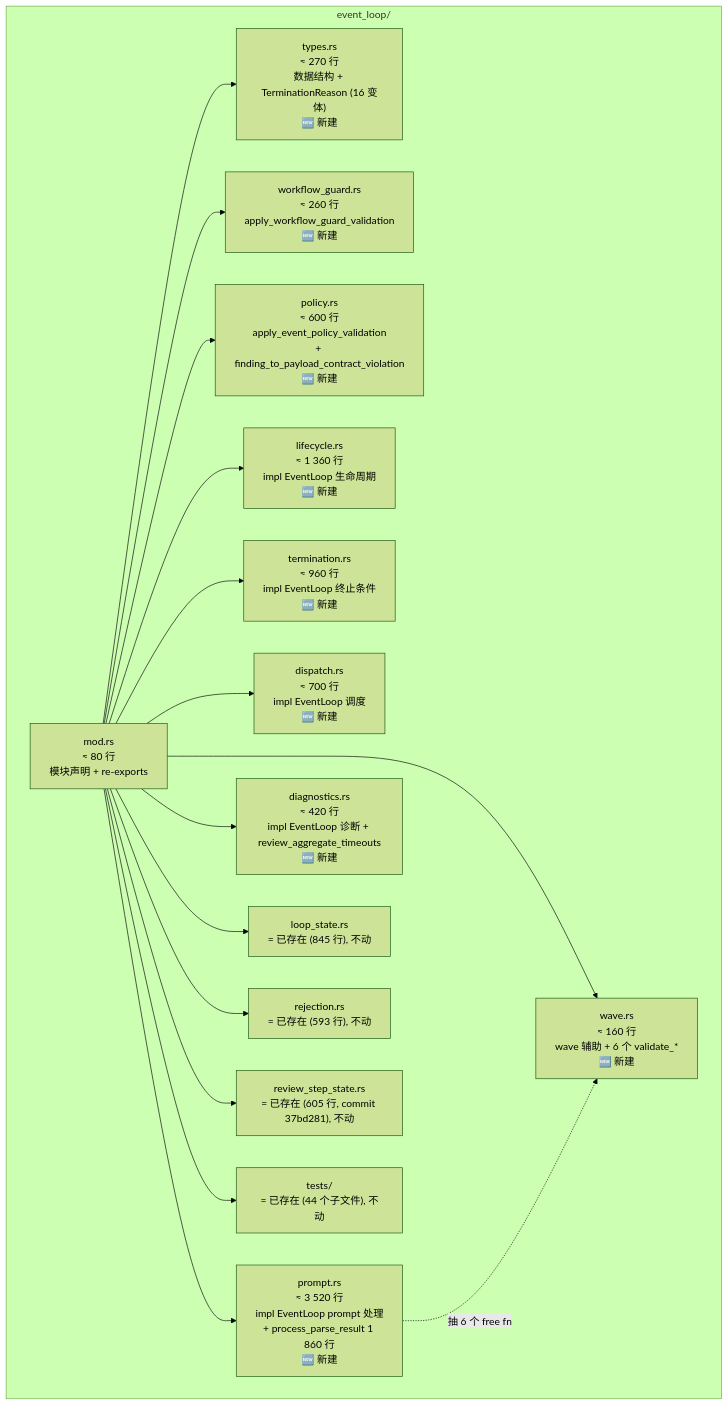
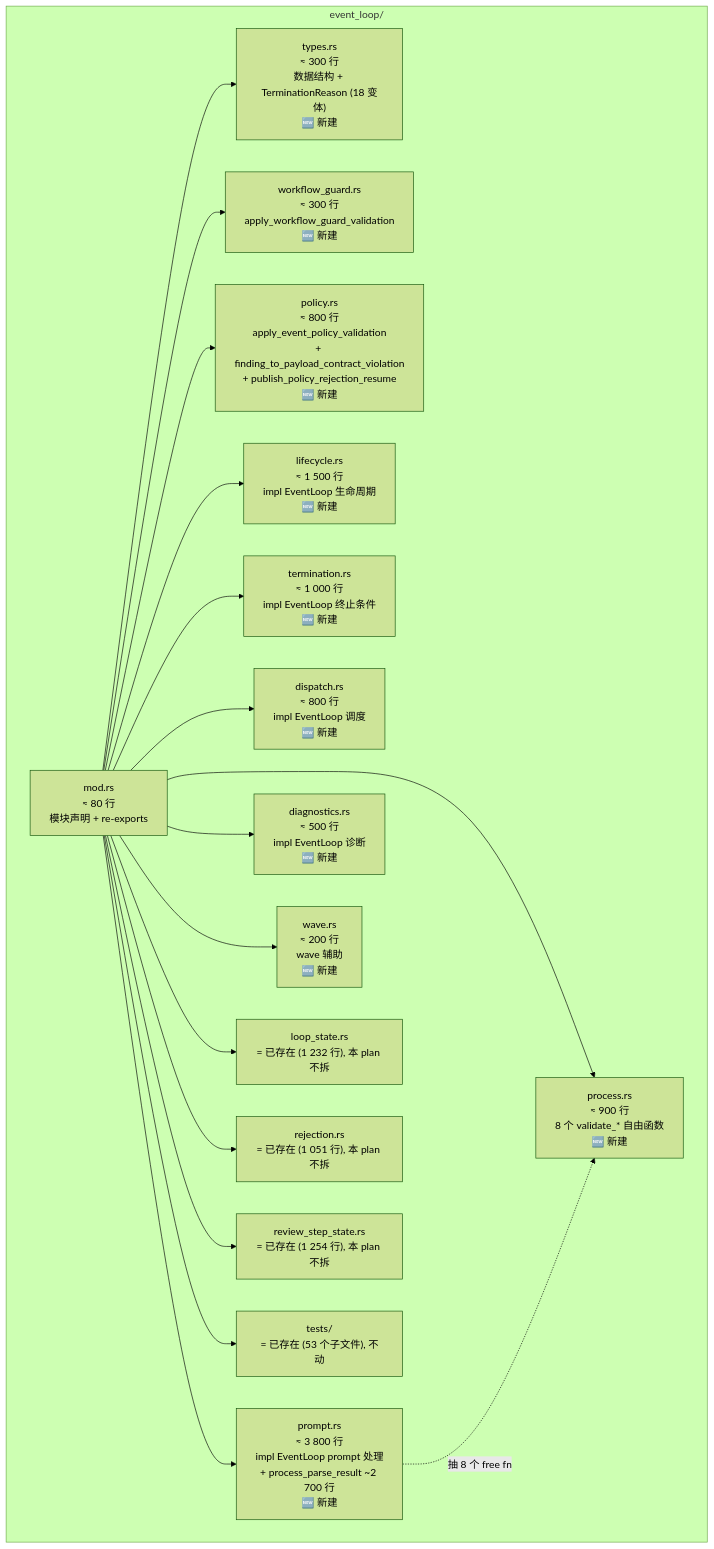
Before and after one commit to pittcat/ralph-orchestrator: the first of 3 diagrams in docs/plans/2026-06-10-003-refactor-event-loop-and-loop-runner-tests-split-plan.md, drawn with Mermaid (forest theme). The commit also changed other lines of this file and 2 other files, not shown here.

First line of the commit message:
docs(plan): 刷新 event_loop/loop_runner 拆分计划到 v11 baseline 并细化单元

````diff
--- a/docs/plans/2026-06-10-003-refactor-event-loop-and-loop-runner-tests-split-plan.md
+++ b/docs/plans/2026-06-10-003-refactor-event-loop-and-loop-runner-tests-split-plan.md
@@ -161,33 +173,35 @@
 ```mermaid
 flowchart TB
   subgraph event_loop["event_loop/"]
     mod_rs["mod.rs<br/>≈ 80 行<br/>模块声明 + re-exports"]
-    types["types.rs<br/>≈ 270 行<br/>数据结构 + TerminationReason (16 变体)<br/>🆕 新建"]
-    workflow["workflow_guard.rs<br/>≈ 260 行<br/>apply_workflow_guard_validation<br/>🆕 新建"]
-    policy["policy.rs<br/>≈ 600 行<br/>apply_event_policy_validation<br/>+ finding_to_payload_contract_violation<br/>🆕 新建"]
-    lifecycle["lifecycle.rs<br/>≈ 1 360 行<br/>impl EventLoop 生命周期<br/>🆕 新建"]
-    termination["termination.rs<br/>≈ 960 行<br/>impl EventLoop 终止条件<br/>🆕 新建"]
-    dispatch["dispatch.rs<br/>≈ 700 行<br/>impl EventLoop 调度<br/>🆕 新建"]
-    prompt["prompt.rs<br/>≈ 3 520 行<br/>impl EventLoop prompt 处理<br/>+ process_parse_result 1 860 行<br/>🆕 新建"]
-    diagnostics["diagnostics.rs<br/>≈ 420 行<br/>impl EventLoop 诊断 + review_aggregate_timeouts<br/>🆕 新建"]
-    wave["wave.rs<br/>≈ 160 行<br/>wave 辅助 + 6 个 validate_*<br/>🆕 新建"]
-    loop_state["loop_state.rs<br/>= 已存在 (845 行), 不动"]
-    rejection["rejection.rs<br/>= 已存在 (593 行), 不动"]
-    review_step["review_step_state.rs<br/>= 已存在 (605 行, commit 37bd281), 不动"]
-    tests["tests/<br/>= 已存在 (44 个子文件), 不动"]
+    types["types.rs<br/>≈ 300 行<br/>数据结构 + TerminationReason (18 变体)<br/>🆕 新建"]
+    workflow["workflow_guard.rs<br/>≈ 300 行<br/>apply_workflow_guard_validation<br/>🆕 新建"]
+    policy["policy.rs<br/>≈ 800 行<br/>apply_event_policy_validation<br/>+ finding_to_payload_contract_violation<br/>+ publish_policy_rejection_resume<br/>🆕 新建"]
+    lifecycle["lifecycle.rs<br/>≈ 1 500 行<br/>impl EventLoop 生命周期<br/>🆕 新建"]
+    termination["termination.rs<br/>≈ 1 000 行<br/>impl EventLoop 终止条件<br/>🆕 新建"]
+    dispatch["dispatch.rs<br/>≈ 800 行<br/>impl EventLoop 调度<br/>🆕 新建"]
+    prompt["prompt.rs<br/>≈ 3 800 行<br/>impl EventLoop prompt 处理<br/>+ process_parse_result ~2 700 行<br/>🆕 新建"]
+    diagnostics["diagnostics.rs<br/>≈ 500 行<br/>impl EventLoop 诊断<br/>🆕 新建"]
+    process["process.rs<br/>≈ 900 行<br/>8 个 validate_* 自由函数<br/>🆕 新建"]
+    wave["wave.rs<br/>≈ 200 行<br/>wave 辅助<br/>🆕 新建"]
+    loop_state["loop_state.rs<br/>= 已存在 (1 232 行), 本 plan 不拆"]
+    rejection["rejection.rs<br/>= 已存在 (1 051 行), 本 plan 不拆"]
+    review_step["review_step_state.rs<br/>= 已存在 (1 254 行), 本 plan 不拆"]
+    tests["tests/<br/>= 已存在 (53 个子文件), 不动"]
   end
   mod_rs --> types
   mod_rs --> workflow
   mod_rs --> policy
   mod_rs --> lifecycle
   mod_rs --> termination
   mod_rs --> dispatch
   mod_rs --> prompt
   mod_rs --> diagnostics
+  mod_rs --> process
   mod_rs --> wave
   mod_rs --> loop_state
   mod_rs --> rejection
   mod_rs --> review_step
   mod_rs --> tests
-  prompt -.抽 6 个 free fn.-> wave
+  prompt -.抽 8 个 free fn.-> process
 ```
````
